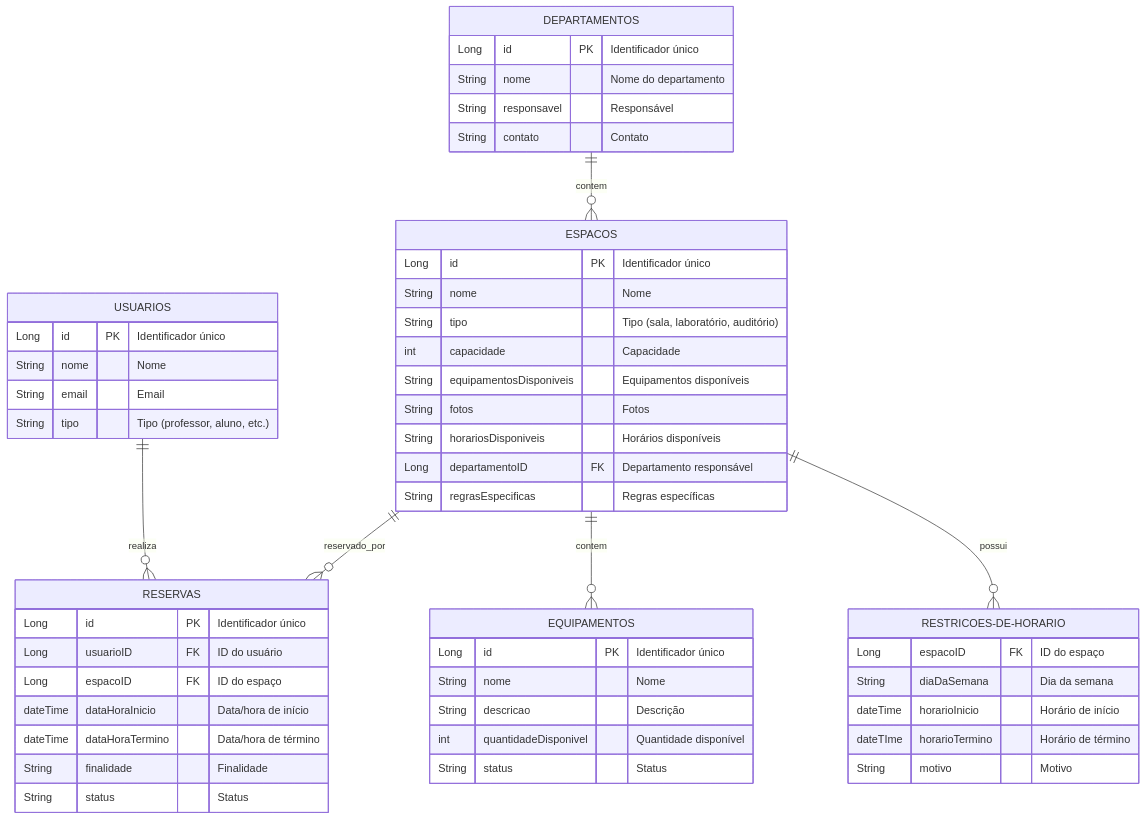
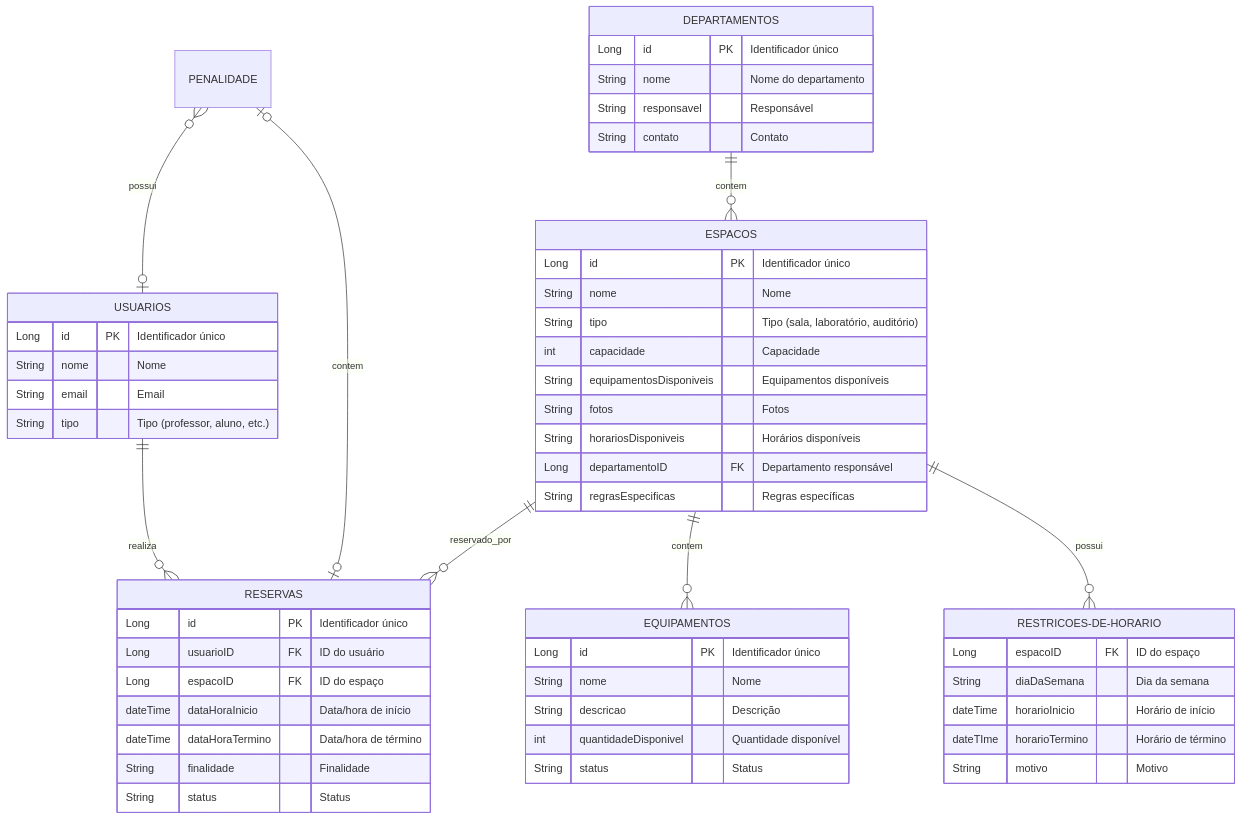
Before and after one commit to AdnRamos/Sistema_de_Reservas_de_Espacos_em_Universidade: the second of 2 diagrams in README.md, drawn with Mermaid. The commit also changed other lines of this file, not shown here.

````diff
--- a/README.md
+++ b/README.md
@@ -82,61 +73,64 @@
 ```mermaid
 erDiagram
     DEPARTAMENTOS ||--o{ ESPACOS : contem
     USUARIOS ||--o{ RESERVAS : realiza
+    PENALIDADE |o--o| RESERVAS : contem
+    PENALIDADE }o--o|  USUARIOS : possui
+
     ESPACOS ||--o{ RESERVAS : reservado_por
     ESPACOS ||--o{ EQUIPAMENTOS : contem
     ESPACOS ||--o{ RESTRICOES-DE-HORARIO : possui
 
     DEPARTAMENTOS {
         Long id PK "Identificador único"
         String nome "Nome do departamento"
         String responsavel "Responsável"
         String contato "Contato"
     }
 
     ESPACOS {
         Long id PK "Identificador único"
         String nome "Nome"
         String tipo "Tipo (sala, laboratório, auditório)"
         int capacidade "Capacidade"
         String equipamentosDisponiveis "Equipamentos disponíveis"
         String fotos "Fotos"
         String horariosDisponiveis "Horários disponíveis"
         Long departamentoID FK "Departamento responsável"
         String regrasEspecificas "Regras específicas"
     }
 
     USUARIOS {
         Long id PK "Identificador único"
         String nome "Nome"
         String email "Email"
         String tipo "Tipo (professor, aluno, etc.)"
     }
 
     RESERVAS {
         Long id PK "Identificador único"
         Long usuarioID FK "ID do usuário"
         Long espacoID FK "ID do espaço"
         dateTime dataHoraInicio "Data/hora de início"
         dateTime dataHoraTermino "Data/hora de término"
         String finalidade "Finalidade"
         String status "Status"
     }
 
     EQUIPAMENTOS {
         Long id PK "Identificador único"
         String nome "Nome"
         String descricao "Descrição"
         int quantidadeDisponivel "Quantidade disponível"
         String status "Status"
     }
 
     RESTRICOES-DE-HORARIO {
         Long espacoID FK "ID do espaço"
         String diaDaSemana "Dia da semana"
         dateTime horarioInicio "Horário de início"
         dateTIme horarioTermino "Horário de término"
         String motivo "Motivo"
     }
 
 ```
````
